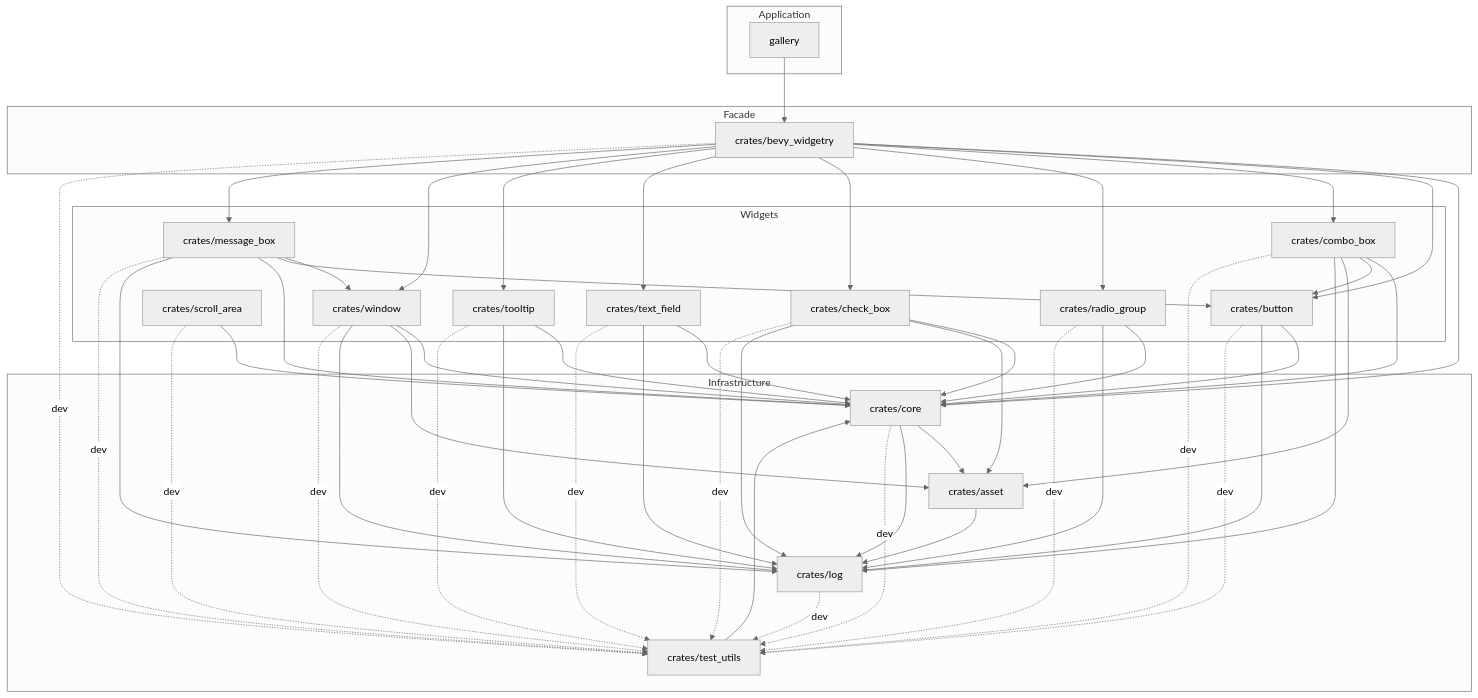
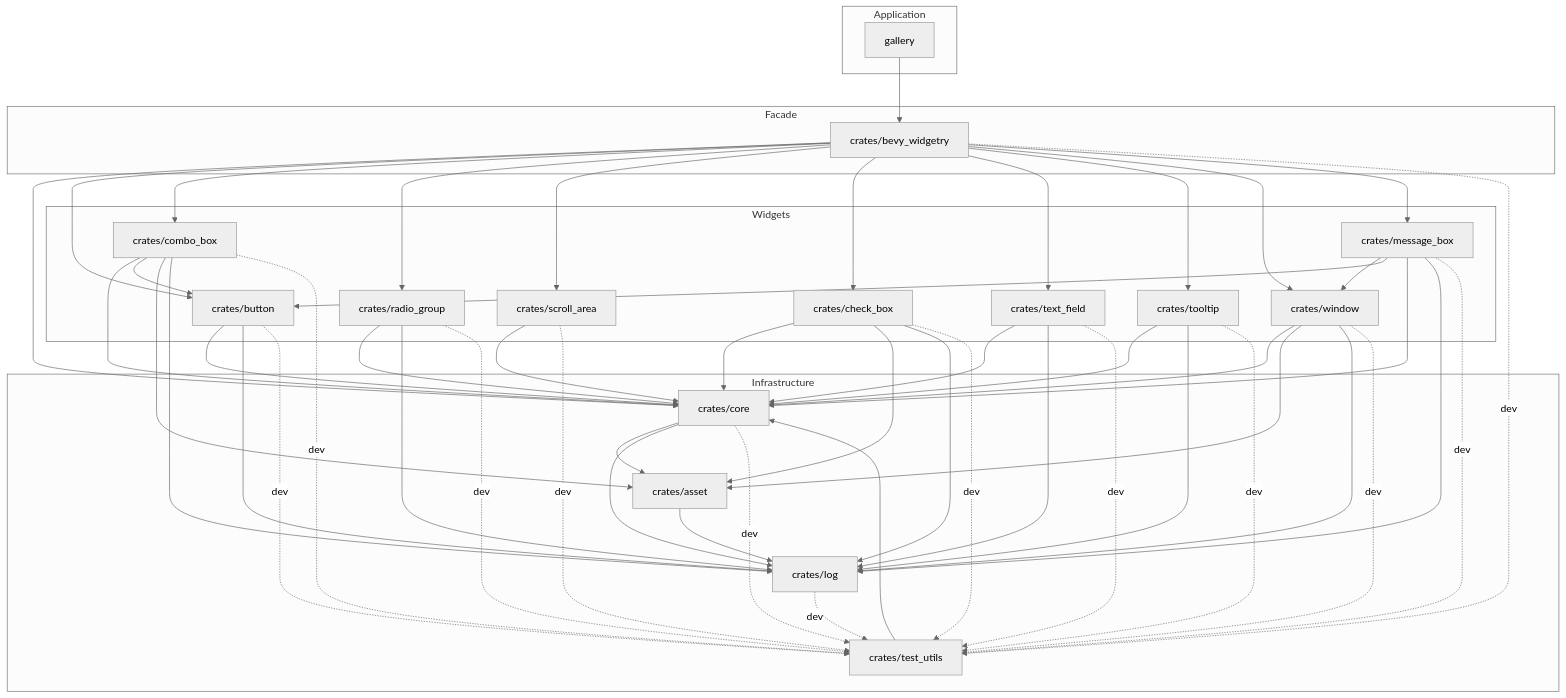
Before and after one commit to slc90/bevy_widgetry: the diagram in docs/architecture.md, drawn with Mermaid (neutral theme). The commit also changed other lines of this file and 4 other files, not shown here.

Commit message:
接入 ScrollArea facade 公共 API

```diff
--- a/docs/architecture.md
+++ b/docs/architecture.md
@@ -180,6 +180,7 @@
     widgetry --> button
     widgetry --> combo_box
     widgetry --> radio_group
+    widgetry --> scroll_area
     widgetry --> check_box
     widgetry --> text_field
     widgetry --> tooltip
```
